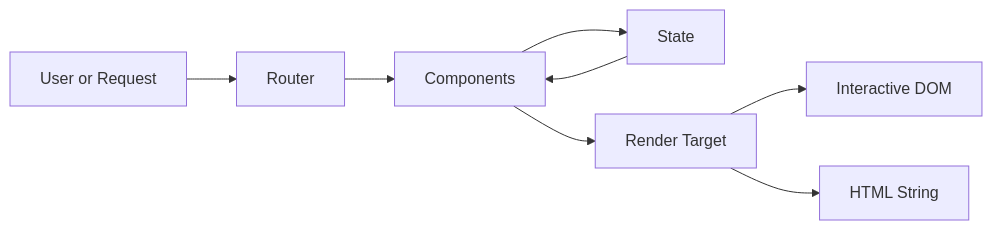
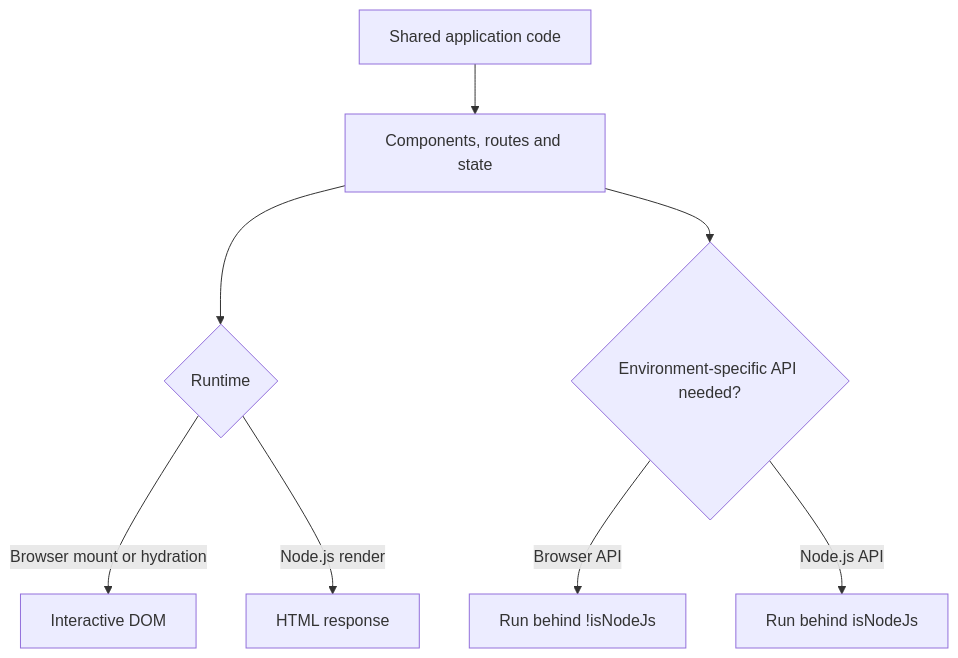
Before and after one commit to Masquerade-Circus/valyrian.js: the diagram in docs/1-introduction.md, drawn with Mermaid. The commit also changed other lines of this file and 50 other files, not shown here.

````diff
--- a/docs/1-introduction.md
+++ b/docs/1-introduction.md
@@ -49,10 +52,10 @@
 ```mermaid
-flowchart LR
-    input[User or Request] --> router[Router]
-    router --> components[Components]
-    state[State] --> components
-    components --> state
-    components --> target[Render Target]
-    target --> dom[Interactive DOM]
-    target --> html[HTML String]
+flowchart TD
+    app[Shared application code] --> components[Components, routes and state]
+    components --> runtime{Runtime}
+    runtime -- Browser mount or hydration --> dom[Interactive DOM]
+    runtime -- Node.js render --> html[HTML response]
+    components --> branch{Environment-specific API needed?}
+    branch -- Browser API --> browserGuard[Run behind !isNodeJs]
+    branch -- Node.js API --> nodeGuard[Run behind isNodeJs]
 ```
````
